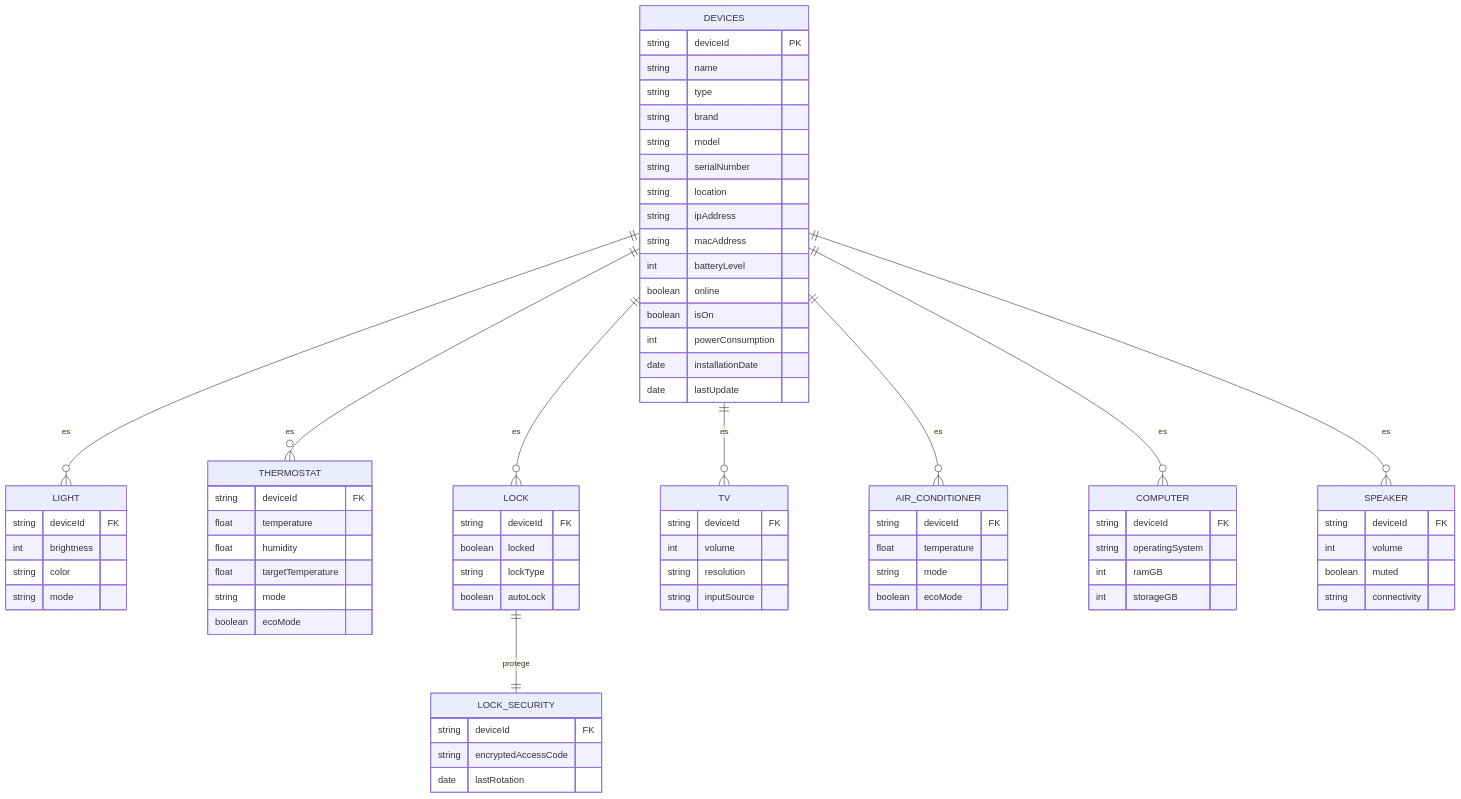
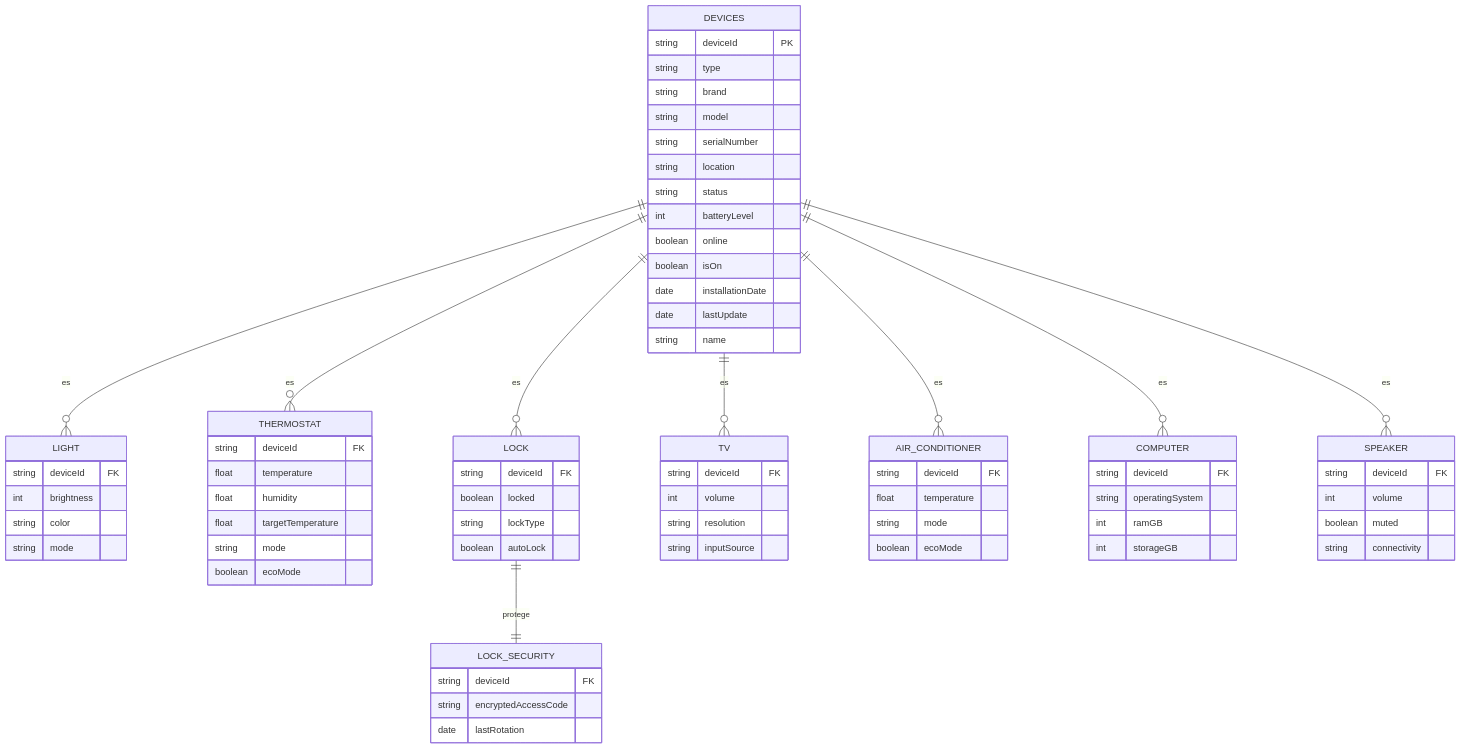
The diagram in docs/schema.mmd (montalvocanojacquelinem3s2-cyber/CBTis47_log_dispositivoss_m3s2), drawn with Mermaid before and after one commit.

Commit message:
Modify fields in DEVICES and LOCK tables
Removed and added fields in the DEVICES and LOCK tables.

```diff
--- a/docs/schema.mmd
+++ b/docs/schema.mmd
@@ -1,85 +1,83 @@
 erDiagram
 
     DEVICES {
         string deviceId PK
-        string name
         string type
         string brand
         string model
         string serialNumber
         string location
-        string ipAddress
-        string macAddress
+        string status
         int batteryLevel
         boolean online
         boolean isOn
-        int powerConsumption
         date installationDate
         date lastUpdate
+        string name
     }
 
     LIGHT {
         string deviceId FK
         int brightness
         string color
         string mode
     }
 
     THERMOSTAT {
         string deviceId FK
         float temperature
         float humidity
         float targetTemperature
         string mode
         boolean ecoMode
     }
 
     LOCK {
         string deviceId FK
         boolean locked
         string lockType
-        boolean autoLock
+        boolean autoLock 
     }
 
     LOCK_SECURITY {
         string deviceId FK
         string encryptedAccessCode
         date lastRotation
     }
 
     TV {
         string deviceId FK
         int volume
         string resolution
         string inputSource
     }
 
     AIR_CONDITIONER {
         string deviceId FK
         float temperature
         string mode
         boolean ecoMode
     }
 
     COMPUTER {
         string deviceId FK
         string operatingSystem
         int ramGB
         int storageGB
     }
 
     SPEAKER {
         string deviceId FK
         int volume
         boolean muted
         string connectivity
     }
 
     DEVICES ||--o{ LIGHT : es
     DEVICES ||--o{ THERMOSTAT : es
     DEVICES ||--o{ LOCK : es
     DEVICES ||--o{ TV : es
     DEVICES ||--o{ AIR_CONDITIONER : es
     DEVICES ||--o{ COMPUTER : es
     DEVICES ||--o{ SPEAKER : es
     LOCK ||--|| LOCK_SECURITY : protege
```
